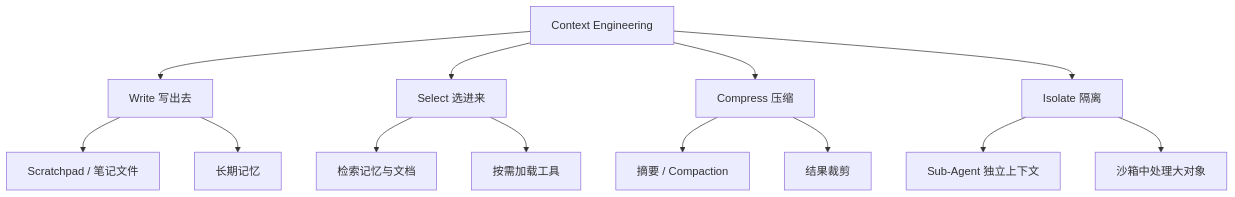
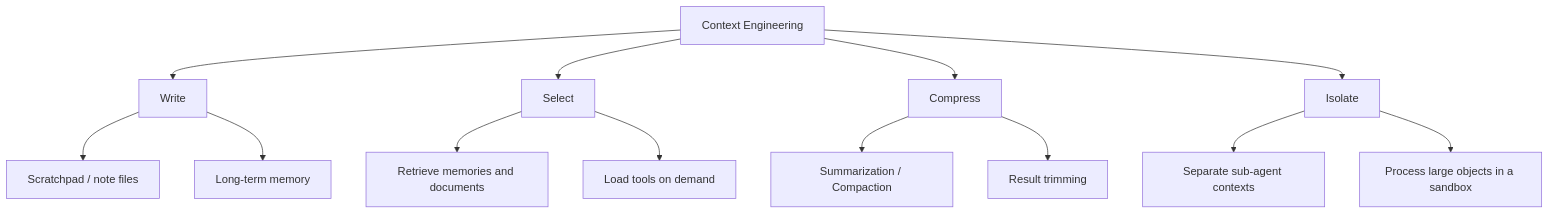
One commit to oneleaveknowsthefall/awesome-ai-roadmap changed the fourth of 8 diagrams in docs/agent/01-foundations/02-agent-architecture.md. Above: the diagram before and after it, drawn with Mermaid. The commit also changed other lines of this file and 68 other files, not shown here.

````diff
--- a/docs/agent/01-foundations/02-agent-architecture.md
+++ b/docs/agent/01-foundations/02-agent-architecture.md
@@ -312,16 +316,16 @@
 ```mermaid
 flowchart TB
-    CE[Context Engineering] --> W[Write 写出去]
-    CE --> S[Select 选进来]
-    CE --> C[Compress 压缩]
-    CE --> I[Isolate 隔离]
+    CE[Context Engineering] --> W[Write]
+    CE --> S[Select]
+    CE --> C[Compress]
+    CE --> I[Isolate]
 
-    W --> W1[Scratchpad / 笔记文件]
-    W --> W2[长期记忆]
-    S --> S1[检索记忆与文档]
-    S --> S2[按需加载工具]
-    C --> C1[摘要 / Compaction]
-    C --> C2[结果裁剪]
-    I --> I1[Sub-Agent 独立上下文]
-    I --> I2[沙箱中处理大对象]
+    W --> W1[Scratchpad / note files]
+    W --> W2[Long-term memory]
+    S --> S1[Retrieve memories and documents]
+    S --> S2[Load tools on demand]
+    C --> C1[Summarization / Compaction]
+    C --> C2[Result trimming]
+    I --> I1[Separate sub-agent contexts]
+    I --> I2[Process large objects in a sandbox]
 ```
````
